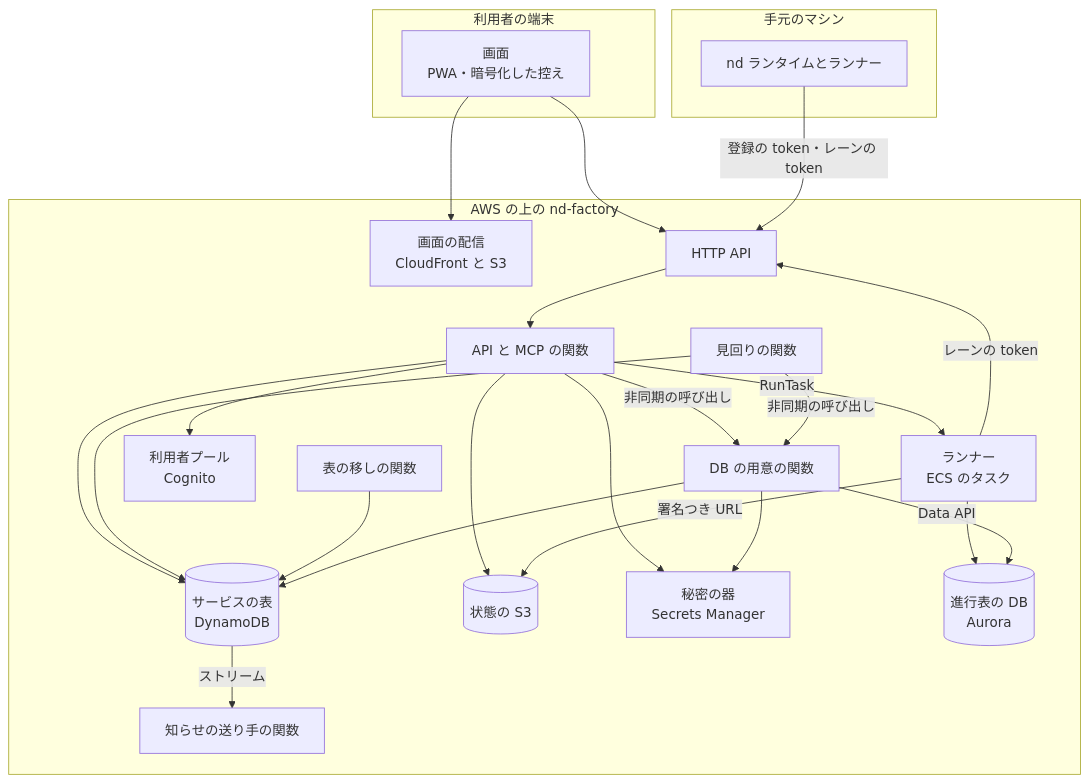
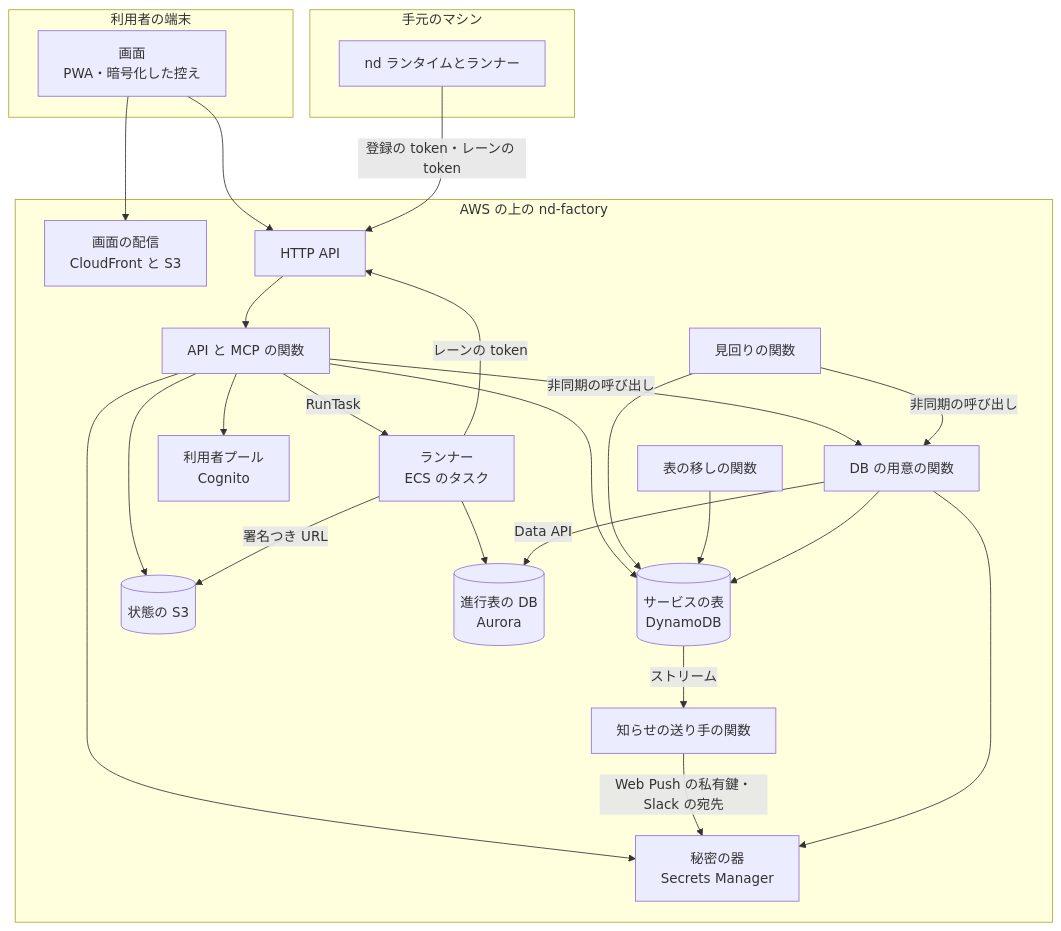
The second of 3 diagrams in docs/design/platform.md (devbasex/nd-factory), drawn with Mermaid before and after one commit. The commit also changed other lines of this file and 2 other files, not shown here.

Commit message:
Docs: 決定 90 の秘密の器の読み手を関数ごとの器の名前の許しに直し、管理の役割の器を DB の用意の関数だけ、Web Push の私有鍵と通知先の宛先を知らせの送り手だけにし、引き換えで応答に載せる値と受け手を書く（#13）

````diff
--- a/docs/design/platform.md
+++ b/docs/design/platform.md
@@ -85,44 +85,45 @@
 ```mermaid
 graph TD
     subgraph DEV[利用者の端末]
         WEB["画面<br/>PWA・暗号化した控え"]
     end
     subgraph AWS["AWS の上の nd-factory"]
         CDN["画面の配信<br/>CloudFront と S3"]
         HAPI[HTTP API]
         API[API と MCP の関数]
         PAT[見回りの関数]
         NTF[知らせの送り手の関数]
         MIG[表の移しの関数]
         PREP[DB の用意の関数]
         IDP["利用者プール<br/>Cognito"]
         DDB[("サービスの表<br/>DynamoDB")]
         ST[(状態の S3)]
         SM["秘密の器<br/>Secrets Manager"]
         RUN["ランナー<br/>ECS のタスク"]
         PG[("進行表の DB<br/>Aurora")]
     end
     subgraph LOCAL[手元のマシン]
         NDR[nd ランタイムとランナー]
     end
     WEB --> CDN
     WEB --> HAPI
     HAPI --> API
     API --> IDP
     API --> DDB
     API --> ST
     API --> SM
     API -->|RunTask| RUN
     API -->|非同期の呼び出し| PREP
     PAT --> DDB
     PAT -->|非同期の呼び出し| PREP
     DDB -->|ストリーム| NTF
+    NTF -->|Web Push の私有鍵・Slack の宛先| SM
     MIG --> DDB
     RUN -->|レーンの token| HAPI
     RUN --> PG
     RUN -->|署名つき URL| ST
     PREP -->|Data API| PG
     PREP --> SM
     PREP --> DDB
     NDR -->|登録の token・レーンの token| HAPI
 ```
````
